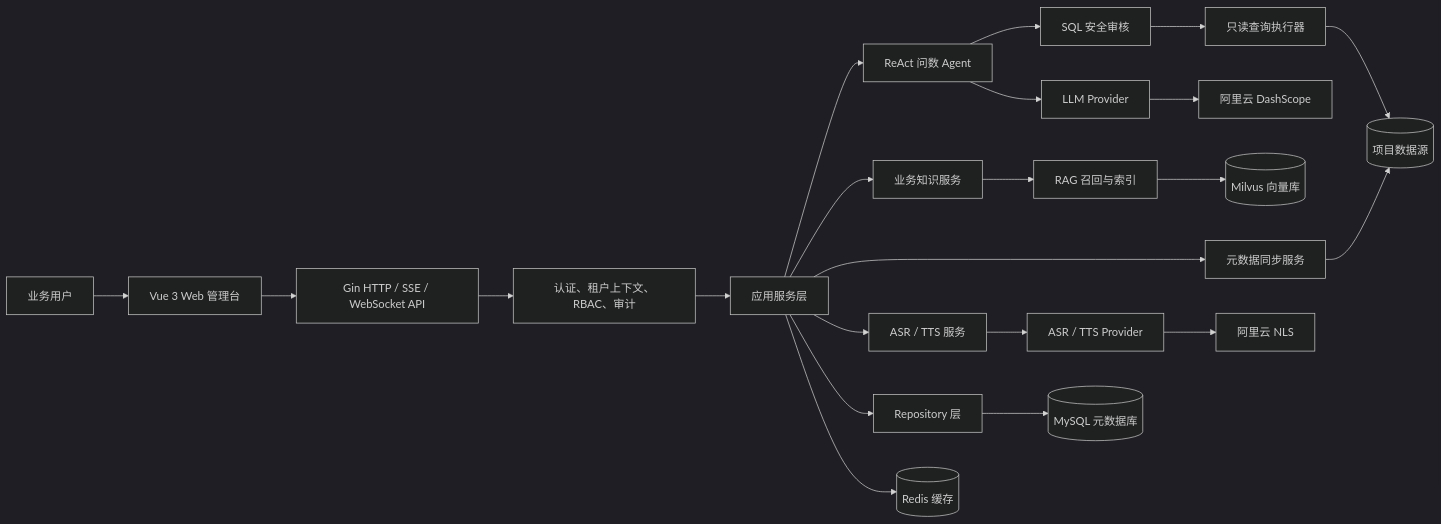
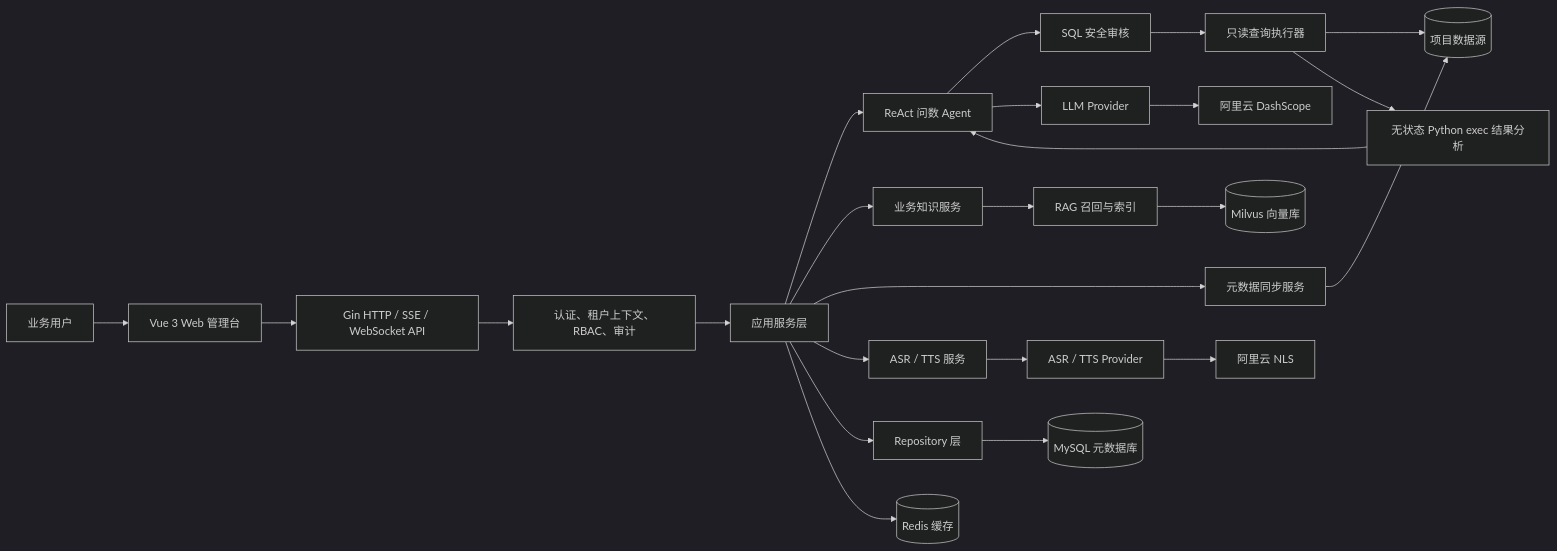
One commit to fanxiangqing/ling-shu changed the first of 3 diagrams in README-zh.md. Above: the diagram before and after it, drawn with Mermaid (dark theme). The commit also changed other lines of this file and 8 other files, not shown here.

````diff
--- a/README-zh.md
+++ b/README-zh.md
@@ -59,28 +60,30 @@
 ```mermaid
 flowchart LR
   User["业务用户"] --> Web["Vue 3 Web 管理台"]
   Web --> API["Gin HTTP / SSE / WebSocket API"]
   API --> Gate["认证、租户上下文、RBAC、审计"]
   Gate --> Service["应用服务层"]
 
   Service --> Agent["ReAct 问数 Agent"]
   Service --> Knowledge["业务知识服务"]
   Service --> Metadata["元数据同步服务"]
   Service --> Voice["ASR / TTS 服务"]
   Service --> Repo["Repository 层"]
 
   Agent --> Review["SQL 安全审核"]
   Review --> Executor["只读查询执行器"]
   Executor --> Sources[("项目数据源")]
+  Executor --> PyExec["无状态 Python exec 结果分析"]
+  PyExec --> Agent
 
   Knowledge --> RAG["RAG 召回与索引"]
   RAG --> Milvus[("Milvus 向量库")]
 
   Metadata --> Sources
   Repo --> MySQL[("MySQL 元数据库")]
   Service --> Redis[("Redis 缓存")]
   Agent --> LLM["LLM Provider"]
   Voice --> Speech["ASR / TTS Provider"]
   LLM --> Aliyun["阿里云 DashScope"]
   Speech --> AliyunNLS["阿里云 NLS"]
 ```
````
